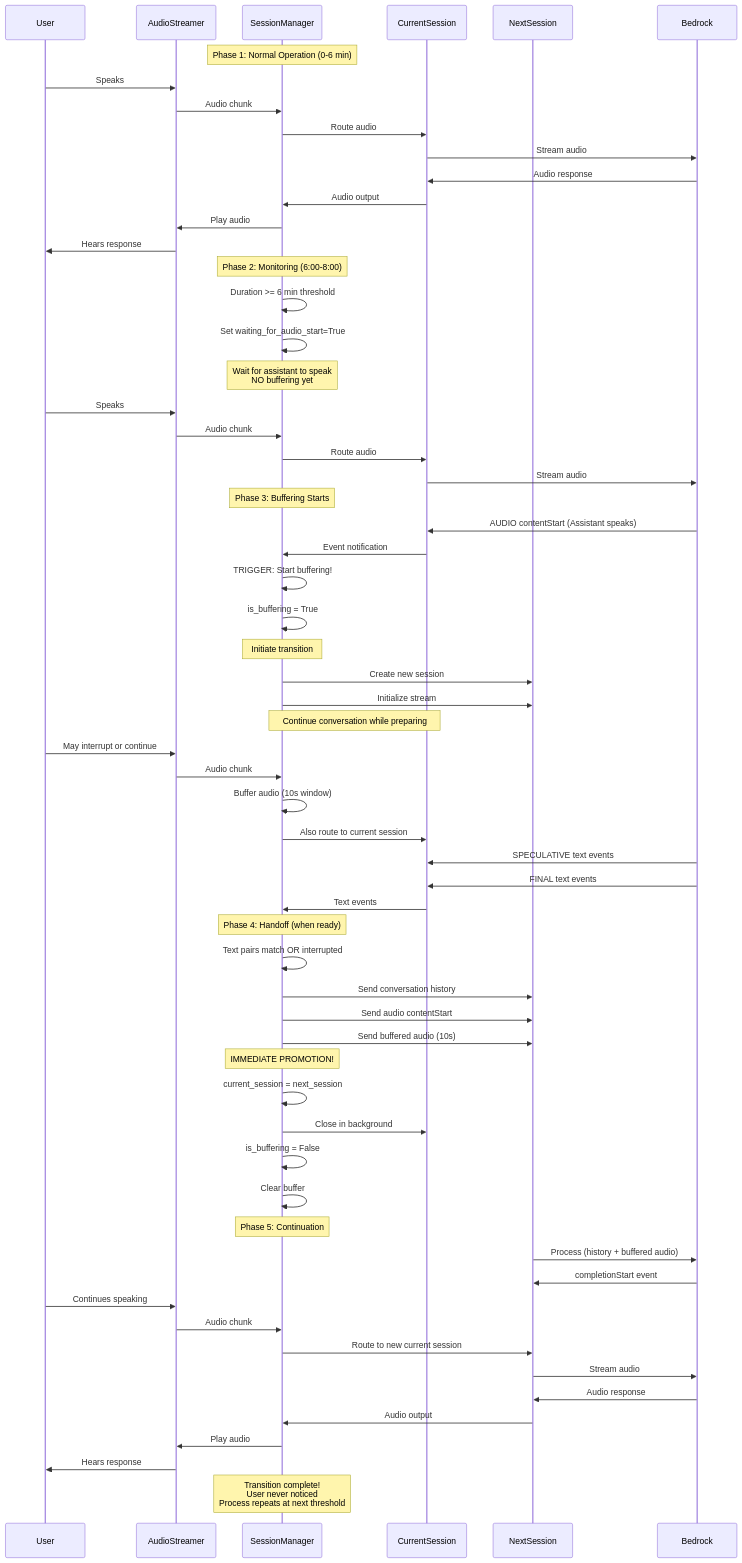
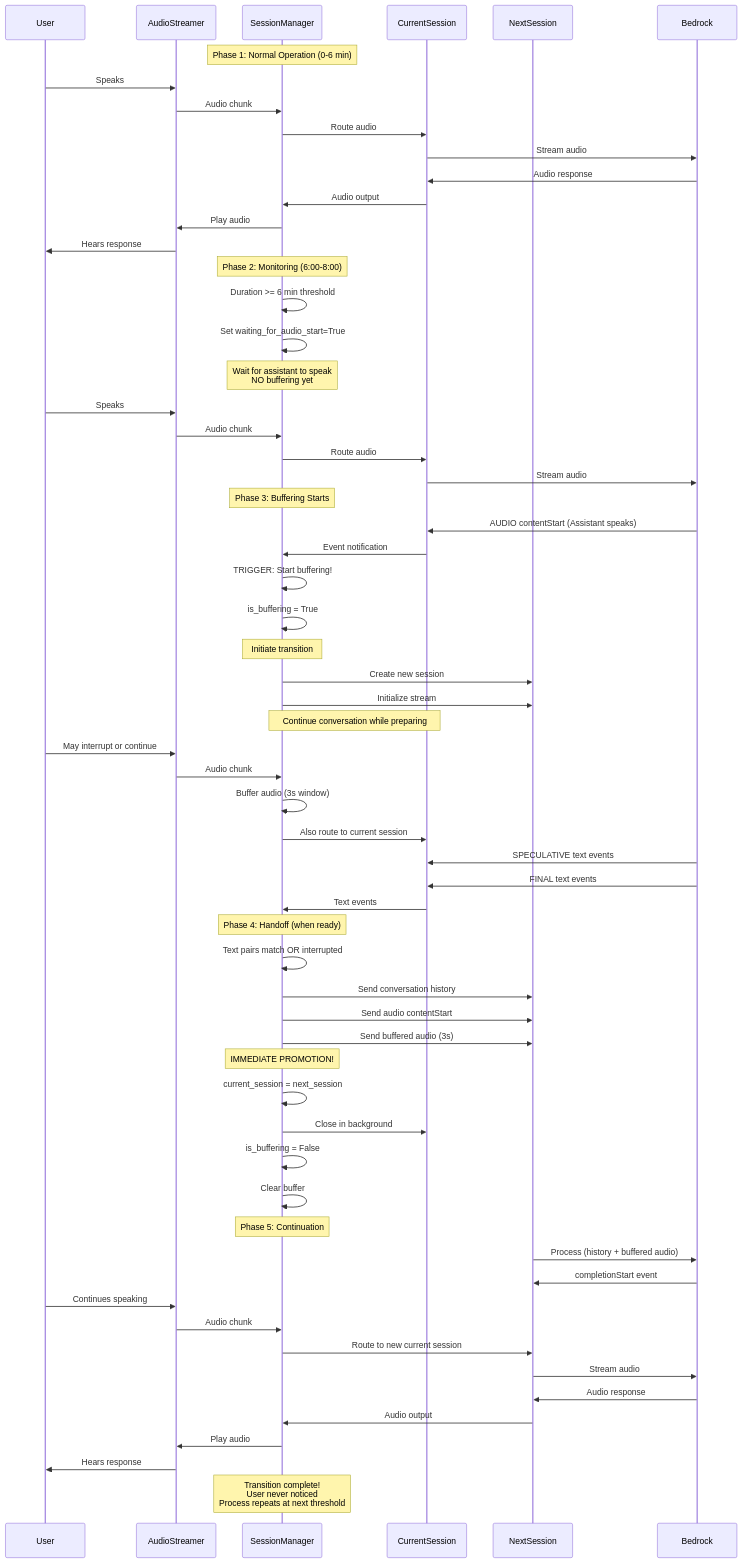
The third of 3 diagrams in speech-to-speech/amazon-nova-2-sonic/repeatable-patterns/session-continuation/console-python/README.md (aws-samples/amazon-nova-samples), drawn with Mermaid before and after one commit. The commit also changed other lines of this file and 3 other files, not shown here.

````diff
--- a/speech-to-speech/amazon-nova-2-sonic/repeatable-patterns/session-continuation/console-python/README.md
+++ b/speech-to-speech/amazon-nova-2-sonic/repeatable-patterns/session-continuation/console-python/README.md
@@ -303,76 +303,76 @@
 ```mermaid
 sequenceDiagram
     participant User
     participant AudioStreamer
     participant SessionManager
     participant CurrentSession
     participant NextSession
     participant Bedrock
 
     Note over SessionManager: Phase 1: Normal Operation (0-6 min)
     User->>AudioStreamer: Speaks
     AudioStreamer->>SessionManager: Audio chunk
     SessionManager->>CurrentSession: Route audio
     CurrentSession->>Bedrock: Stream audio
     Bedrock->>CurrentSession: Audio response
     CurrentSession->>SessionManager: Audio output
     SessionManager->>AudioStreamer: Play audio
     AudioStreamer->>User: Hears response
 
     Note over SessionManager: Phase 2: Monitoring (6:00-8:00)
     SessionManager->>SessionManager: Duration >= 6 min threshold
     SessionManager->>SessionManager: Set waiting_for_audio_start=True
     Note over SessionManager: Wait for assistant to speak<br/>NO buffering yet
 
     User->>AudioStreamer: Speaks
     AudioStreamer->>SessionManager: Audio chunk
     SessionManager->>CurrentSession: Route audio
     CurrentSession->>Bedrock: Stream audio
 
     Note over SessionManager: Phase 3: Buffering Starts
     Bedrock->>CurrentSession: AUDIO contentStart (Assistant speaks)
     CurrentSession->>SessionManager: Event notification
     SessionManager->>SessionManager: TRIGGER: Start buffering!
     SessionManager->>SessionManager: is_buffering = True
 
     Note over SessionManager: Initiate transition
     SessionManager->>NextSession: Create new session
     SessionManager->>NextSession: Initialize stream
 
     Note over SessionManager,CurrentSession: Continue conversation while preparing
     User->>AudioStreamer: May interrupt or continue
     AudioStreamer->>SessionManager: Audio chunk
-    SessionManager->>SessionManager: Buffer audio (10s window)
+    SessionManager->>SessionManager: Buffer audio (3s window)
     SessionManager->>CurrentSession: Also route to current session
 
     Bedrock->>CurrentSession: SPECULATIVE text events
     Bedrock->>CurrentSession: FINAL text events
     CurrentSession->>SessionManager: Text events
 
     Note over SessionManager: Phase 4: Handoff (when ready)
     SessionManager->>SessionManager: Text pairs match OR interrupted
     SessionManager->>NextSession: Send conversation history
     SessionManager->>NextSession: Send audio contentStart
-    SessionManager->>NextSession: Send buffered audio (10s)
+    SessionManager->>NextSession: Send buffered audio (3s)
 
     Note over SessionManager: IMMEDIATE PROMOTION!
     SessionManager->>SessionManager: current_session = next_session
     SessionManager->>CurrentSession: Close in background
     SessionManager->>SessionManager: is_buffering = False
     SessionManager->>SessionManager: Clear buffer
 
     Note over SessionManager: Phase 5: Continuation
     NextSession->>Bedrock: Process (history + buffered audio)
     Bedrock->>NextSession: completionStart event
 
     User->>AudioStreamer: Continues speaking
     AudioStreamer->>SessionManager: Audio chunk
     SessionManager->>NextSession: Route to new current session
     NextSession->>Bedrock: Stream audio
     Bedrock->>NextSession: Audio response
     NextSession->>SessionManager: Audio output
     SessionManager->>AudioStreamer: Play audio
     AudioStreamer->>User: Hears response
 
     Note over SessionManager: Transition complete!<br/>User never noticed<br/>Process repeats at next threshold
 ```
````
